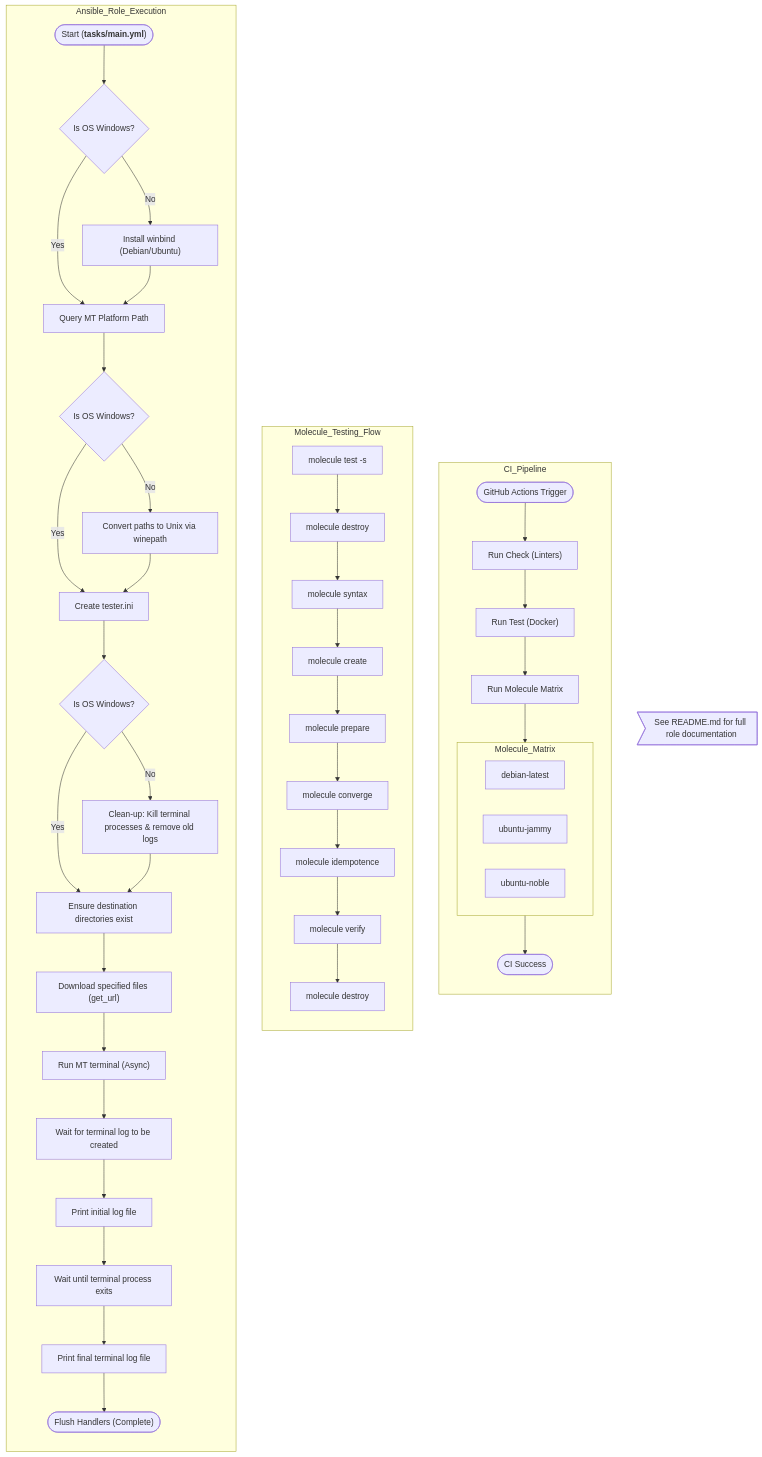
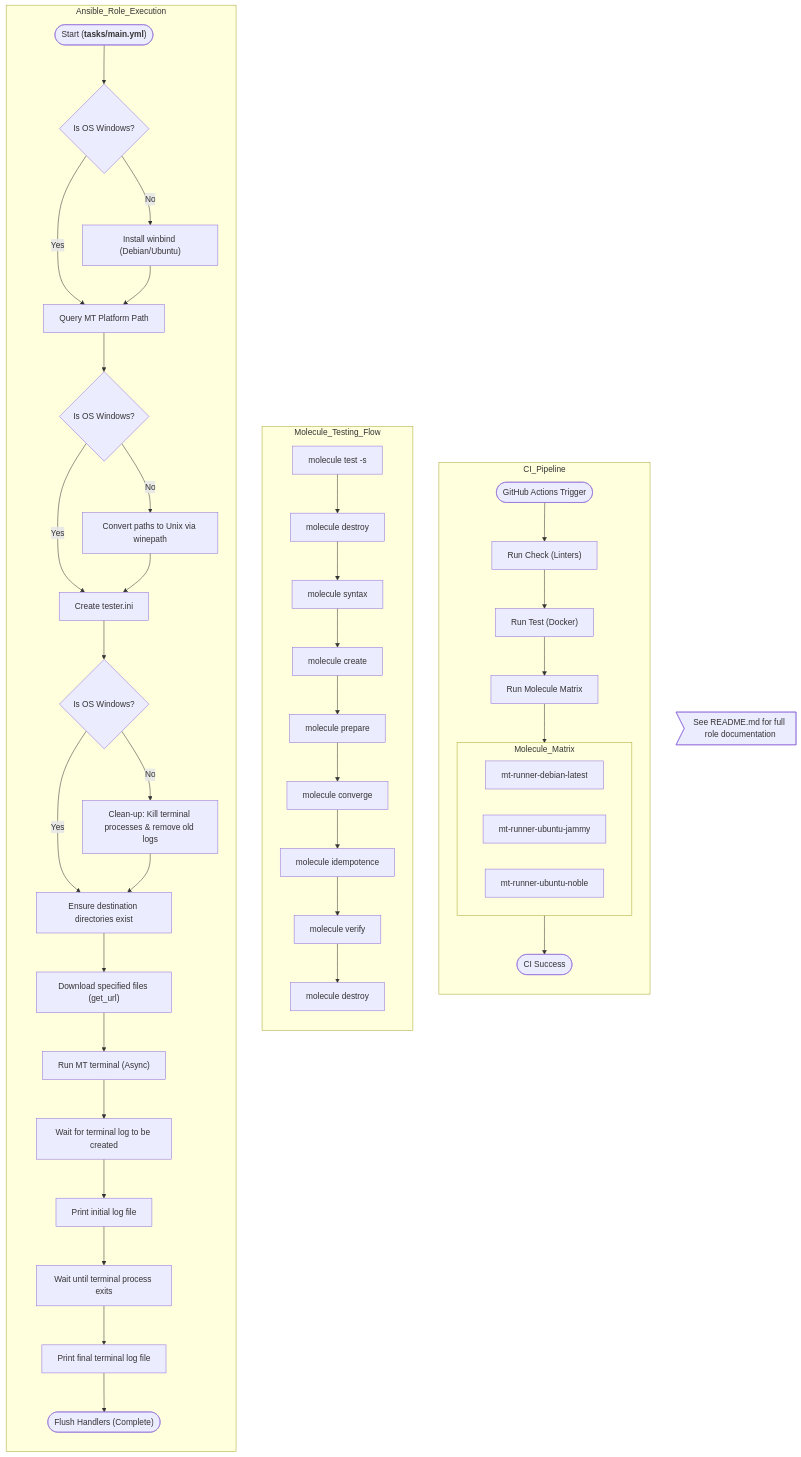
One commit to EA31337/ansible-role-mt-runner changed the diagram in docs/FLOWS.mmd. Above: the diagram before and after it, drawn with Mermaid. The commit also changed 7 other files, not shown here.

```diff
--- a/docs/FLOWS.mmd
+++ b/docs/FLOWS.mmd
@@ -1,53 +1,53 @@
 %% Flowchart for ea31337.mt_runner role execution
 flowchart TD
     DocRef>"See README.md for full role documentation"]
 
     subgraph CI_Pipeline [CI_Pipeline]
         direction TB
         CI_Trigger(["GitHub Actions Trigger"]) --> CI_Check["Run Check (Linters)"]
         CI_Check --> CI_Test["Run Test (Docker)"]
         CI_Test --> CI_Molecule["Run Molecule Matrix"]
         subgraph Molecule_Matrix [Molecule_Matrix]
             direction LR
-            M_Debian["debian-latest"]
-            M_Jammy["ubuntu-jammy"]
-            M_Noble["ubuntu-noble"]
+            M_Debian["mt-runner-debian-latest"]
+            M_Jammy["mt-runner-ubuntu-jammy"]
+            M_Noble["mt-runner-ubuntu-noble"]
         end
         CI_Molecule --> Molecule_Matrix
         Molecule_Matrix --> CI_Complete(["CI Success"])
     end
 
     subgraph Molecule_Testing_Flow [Molecule_Testing_Flow]
         direction TB
         M_Start["molecule test -s <scenario>"] --> M_Destroy["molecule destroy"]
         M_Destroy --> M_Syntax["molecule syntax"]
         M_Syntax --> M_Create["molecule create"]
         M_Create --> M_Prepare["molecule prepare"]
         M_Prepare --> M_Converge["molecule converge"]
         M_Converge --> M_Idempotence["molecule idempotence"]
         M_Idempotence --> M_Verify["molecule verify"]
         M_Verify --> M_Destroy_Final["molecule destroy"]
     end
 
     subgraph Ansible_Role_Execution [Ansible_Role_Execution]
         direction TB
         Start(["`Start (**tasks/main.yml**)`"]) --> OSCheck1{"Is OS Windows?"}
         OSCheck1 -->|No| InstallWinbind["Install winbind (Debian/Ubuntu)"]
         OSCheck1 -->|Yes| QueryPath["Query MT Platform Path"]
         InstallWinbind --> QueryPath
         QueryPath --> OSCheck2{"Is OS Windows?"}
         OSCheck2 -->|No| ConvertPaths["Convert paths to Unix via winepath"]
         OSCheck2 -->|Yes| CreateTesterIni["Create tester.ini"]
         ConvertPaths --> CreateTesterIni
         CreateTesterIni --> OSCheck3{"Is OS Windows?"}
         OSCheck3 -->|No| Cleanup["Clean-up: Kill terminal processes & remove old logs"]
         OSCheck3 -->|Yes| EnsureDirs["Ensure destination directories exist"]
         Cleanup --> EnsureDirs
         EnsureDirs --> DownloadFiles["Download specified files (get_url)"]
         DownloadFiles --> RunTerminal["Run MT terminal (Async)"]
         RunTerminal --> WaitLog["Wait for terminal log to be created"]
         WaitLog --> PrintLog["Print initial log file"]
         PrintLog --> WaitExit["Wait until terminal process exits"]
         WaitExit --> PrintFinalLog["Print final terminal log file"]
         PrintFinalLog --> End(["Flush Handlers (Complete)"])
     end
```
